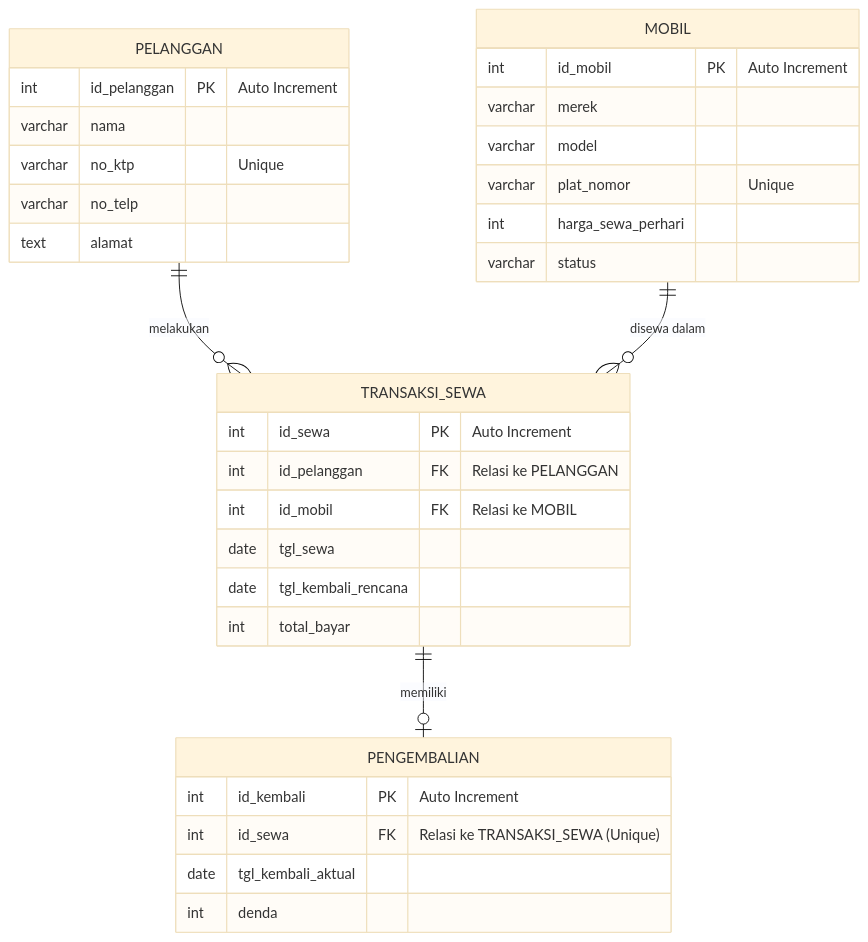
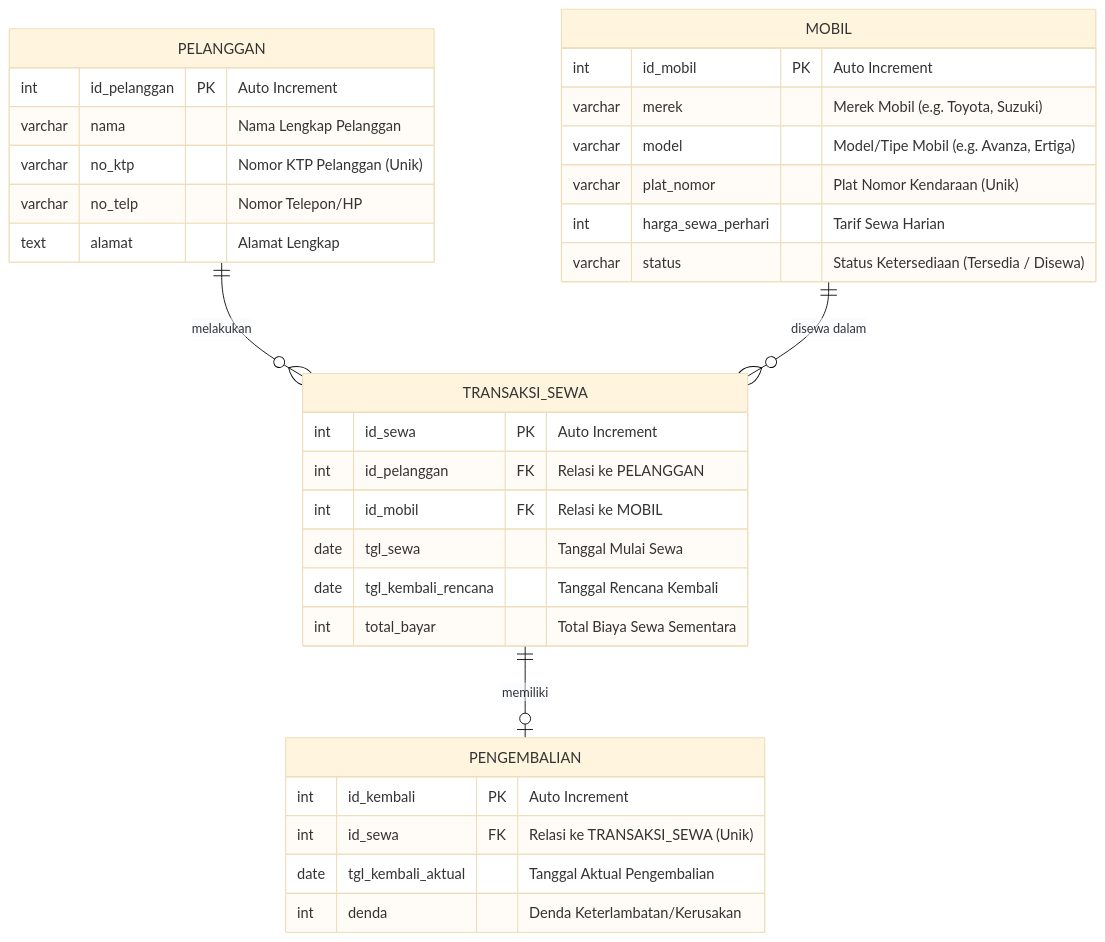
One commit to Hnzsama/UAS-Basis-Data-Rental-Mobil changed the diagram in README.md. Above: the diagram before and after it, drawn with Mermaid (base theme). The commit also changed other lines of this file and 2 other files, not shown here.

Commit message:
docs: merge ERD and Normalization details into README.md

````diff
--- a/README.md
+++ b/README.md
@@ -52,39 +50,39 @@
 ```mermaid
 erDiagram
     PELANGGAN {
         int id_pelanggan PK "Auto Increment"
-        varchar nama
-        varchar no_ktp "Unique"
-        varchar no_telp
-        text alamat
+        varchar nama "Nama Lengkap Pelanggan"
+        varchar no_ktp "Nomor KTP Pelanggan (Unik)"
+        varchar no_telp "Nomor Telepon/HP"
+        text alamat "Alamat Lengkap"
     }
 
     MOBIL {
         int id_mobil PK "Auto Increment"
-        varchar merek
-        varchar model
-        varchar plat_nomor "Unique"
-        int harga_sewa_perhari
-        varchar status
+        varchar merek "Merek Mobil (e.g. Toyota, Suzuki)"
+        varchar model "Model/Tipe Mobil (e.g. Avanza, Ertiga)"
+        varchar plat_nomor "Plat Nomor Kendaraan (Unik)"
+        int harga_sewa_perhari "Tarif Sewa Harian"
+        varchar status "Status Ketersediaan (Tersedia / Disewa)"
     }
 
     TRANSAKSI_SEWA {
         int id_sewa PK "Auto Increment"
         int id_pelanggan FK "Relasi ke PELANGGAN"
         int id_mobil FK "Relasi ke MOBIL"
-        date tgl_sewa
-        date tgl_kembali_rencana
-        int total_bayar
+        date tgl_sewa "Tanggal Mulai Sewa"
+        date tgl_kembali_rencana "Tanggal Rencana Kembali"
+        int total_bayar "Total Biaya Sewa Sementara"
     }
 
     PENGEMBALIAN {
         int id_kembali PK "Auto Increment"
-        int id_sewa FK "Relasi ke TRANSAKSI_SEWA (Unique)"
-        date tgl_kembali_aktual
-        int denda
+        int id_sewa FK "Relasi ke TRANSAKSI_SEWA (Unik)"
+        date tgl_kembali_aktual "Tanggal Aktual Pengembalian"
+        int denda "Denda Keterlambatan/Kerusakan"
     }
 
     PELANGGAN ||--o{ TRANSAKSI_SEWA : "melakukan"
     MOBIL ||--o{ TRANSAKSI_SEWA : "disewa dalam"
     TRANSAKSI_SEWA ||--o| PENGEMBALIAN : "memiliki"
 ```
````
